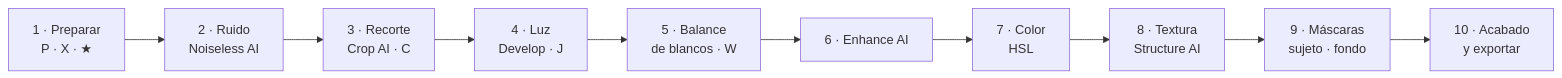
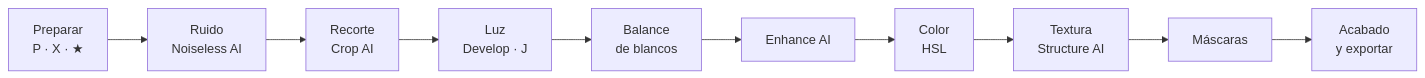
One commit to morandeirachema/Foto changed the second of 2 diagrams in README.md. Above: the diagram before and after it, drawn with Mermaid. The commit also changed other lines of this file and 54 other files, not shown here.

````diff
--- a/README.md
+++ b/README.md
@@ -31,12 +100,6 @@
 ```mermaid
 flowchart LR
-    A[1 · Preparar<br/>P · X · ★] --> B[2 · Ruido<br/>Noiseless AI]
-    B --> C[3 · Recorte<br/>Crop AI · C]
-    C --> D[4 · Luz<br/>Develop · J]
-    D --> E[5 · Balance<br/>de blancos · W]
-    E --> F[6 · Enhance AI]
-    F --> G[7 · Color<br/>HSL]
-    G --> H[8 · Textura<br/>Structure AI]
-    H --> I[9 · Máscaras<br/>sujeto · fondo]
-    I --> J[10 · Acabado<br/>y exportar]
+    A[Preparar<br/>P · X · ★] --> B[Ruido<br/>Noiseless AI] --> C[Recorte<br/>Crop AI] --> D[Luz<br/>Develop · J]
+    D --> E[Balance<br/>de blancos] --> F[Enhance AI] --> G[Color<br/>HSL]
+    G --> H[Textura<br/>Structure AI] --> I[Máscaras] --> J[Acabado<br/>y exportar]
 ```
````
